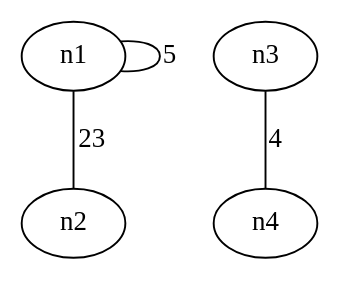
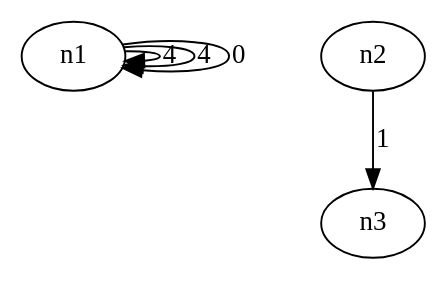
One commit to LucasLagrimante/teoriaDosGrafos changed the diagram in src/os/dot/fileS.dot. Above: the diagram before and after it, drawn with Graphviz. The commit also changed 2 other files, not shown here.

```diff
--- a/src/os/dot/fileS.dot
+++ b/src/os/dot/fileS.dot
@@ -1,5 +1,6 @@
-graph G {
-n1--n2[label=23];
-n1--n1[label=5];
-n3--n4[label=4];
+digraph G {
+n1->n1[label=4];
+n1->n1[label=4];
+n2->n3[label=1];
+n1->n1[label=0];
 }
```
